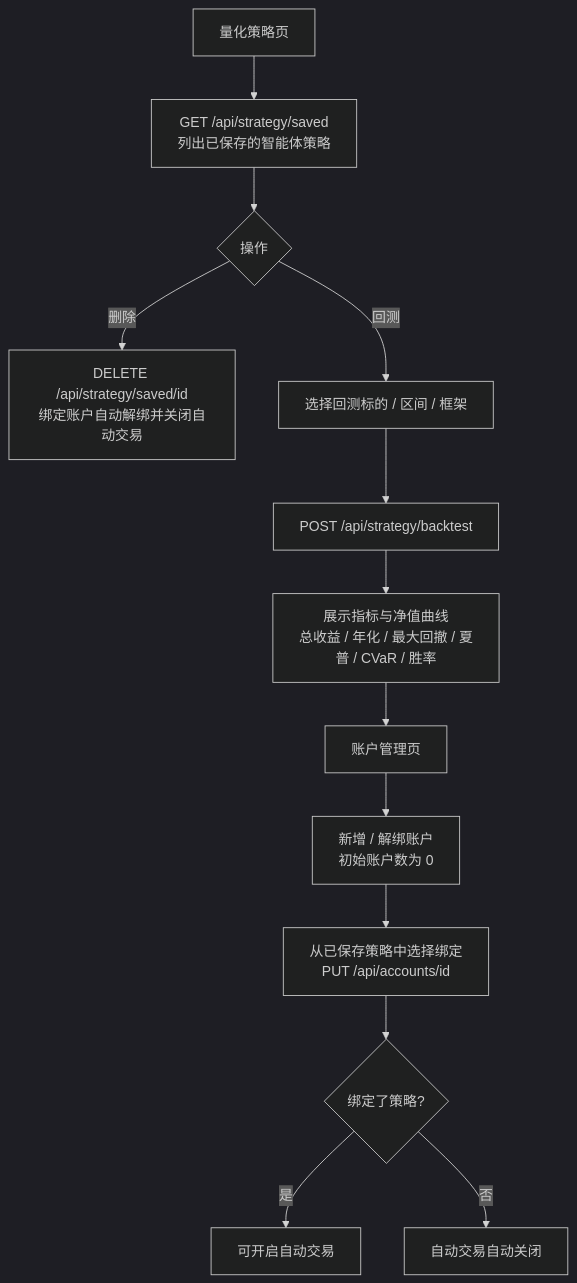
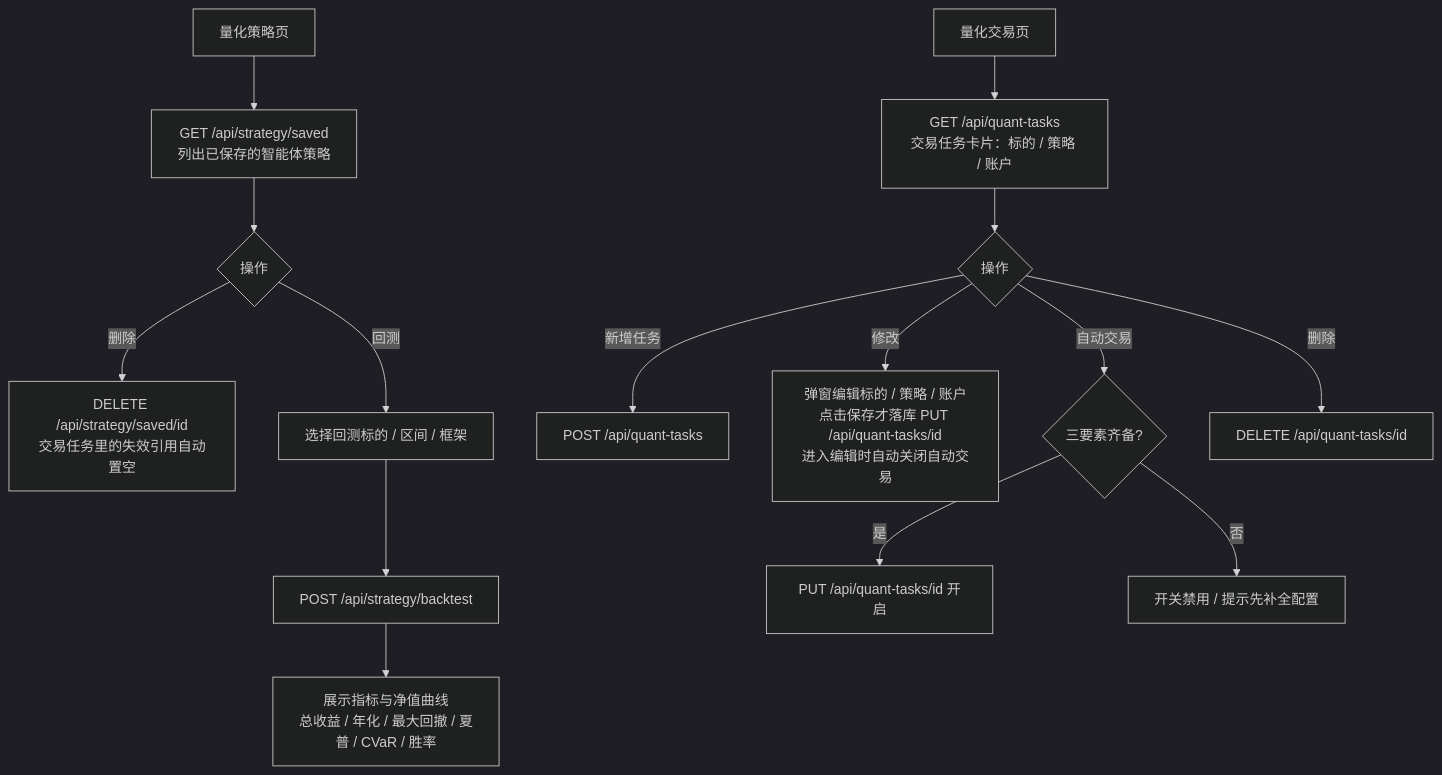
Diagram 11 of 11 in README.md (Song-Yingji/Iktsuarpok), drawn with Mermaid (dark theme) before and after one commit. The commit also changed other lines of this file and 13 other files, not shown here.

````diff
--- a/README.md
+++ b/README.md
@@ -465,15 +469,17 @@
 ```mermaid
 flowchart TD
     A[量化策略页] --> B[GET /api/strategy/saved<br/>列出已保存的智能体策略]
     B --> C{操作}
-    C -- 删除 --> D[DELETE /api/strategy/saved/id<br/>绑定账户自动解绑并关闭自动交易]
+    C -- 删除 --> D[DELETE /api/strategy/saved/id<br/>交易任务里的失效引用自动置空]
     C -- 回测 --> E[选择回测标的 / 区间 / 框架]
     E --> F[POST /api/strategy/backtest]
     F --> G[展示指标与净值曲线<br/>总收益 / 年化 / 最大回撤 / 夏普 / CVaR / 胜率]
-    G --> H[账户管理页]
-    H --> I[新增 / 解绑账户<br/>初始账户数为 0]
-    I --> J[从已保存策略中选择绑定<br/>PUT /api/accounts/id]
-    J --> K{绑定了策略?}
-    K -- 是 --> L[可开启自动交易]
-    K -- 否 --> M[自动交易自动关闭]
+    H[量化交易页] --> I[GET /api/quant-tasks<br/>交易任务卡片：标的 / 策略 / 账户]
+    I --> J{操作}
+    J -- 新增任务 --> K[POST /api/quant-tasks]
+    J -- 修改 --> L[弹窗编辑标的 / 策略 / 账户<br/>点击保存才落库 PUT /api/quant-tasks/id<br/>进入编辑时自动关闭自动交易]
+    J -- 自动交易 --> M{三要素齐备?}
+    M -- 是 --> N[PUT /api/quant-tasks/id 开启]
+    M -- 否 --> O[开关禁用 / 提示先补全配置]
+    J -- 删除 --> P[DELETE /api/quant-tasks/id]
 ```
````
